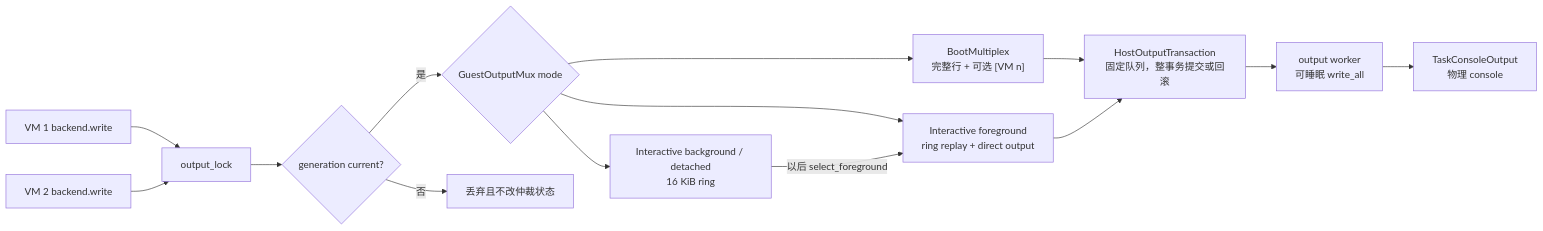
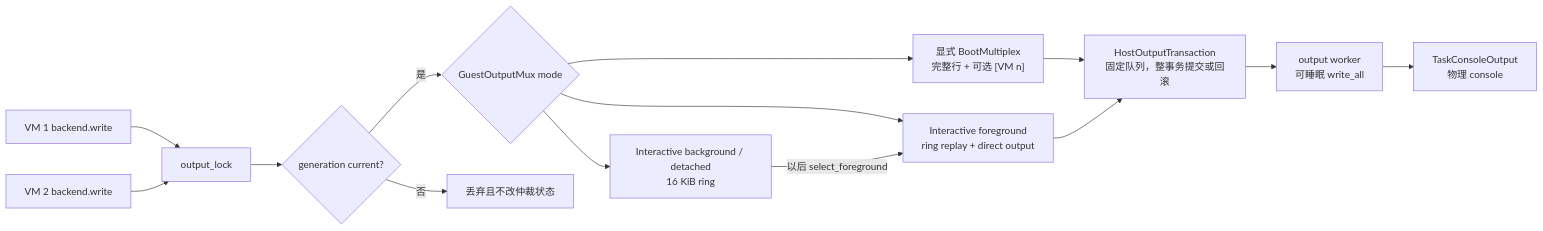
The third of 3 diagrams in docs/docs/architecture/axvisor/guest-console.md (rcore-os/tgoskits), drawn with Mermaid before and after one commit. The commit also changed other lines of this file and 709 other files, not shown here.

````diff
--- a/docs/docs/architecture/axvisor/guest-console.md
+++ b/docs/docs/architecture/axvisor/guest-console.md
@@ -183,25 +183,25 @@
 ```mermaid
 flowchart LR
     TX1["VM 1 backend.write"]
     TX2["VM 2 backend.write"]
     Lock["output_lock"]
     Valid{"generation current?"}
     Mode{"GuestOutputMux mode"}
-    Boot["BootMultiplex<br/>完整行 + 可选 [VM n]"]
+    Boot["显式 BootMultiplex<br/>完整行 + 可选 [VM n]"]
     Fore["Interactive foreground<br/>ring replay + direct output"]
     Back["Interactive background / detached<br/>16 KiB ring"]
     Queue["HostOutputTransaction<br/>固定队列，整事务提交或回滚"]
     Worker["output worker<br/>可睡眠 write_all"]
     Host["TaskConsoleOutput<br/>物理 console"]
 
     TX1 --> Lock
     TX2 --> Lock
     Lock --> Valid
     Valid -->|否| Drop["丢弃且不改仲裁状态"]
     Valid -->|是| Mode
     Mode --> Boot --> Queue
     Mode --> Fore --> Queue
     Mode --> Back
     Back -->|以后 select_foreground| Fore
     Queue --> Worker --> Host
 ```
````
